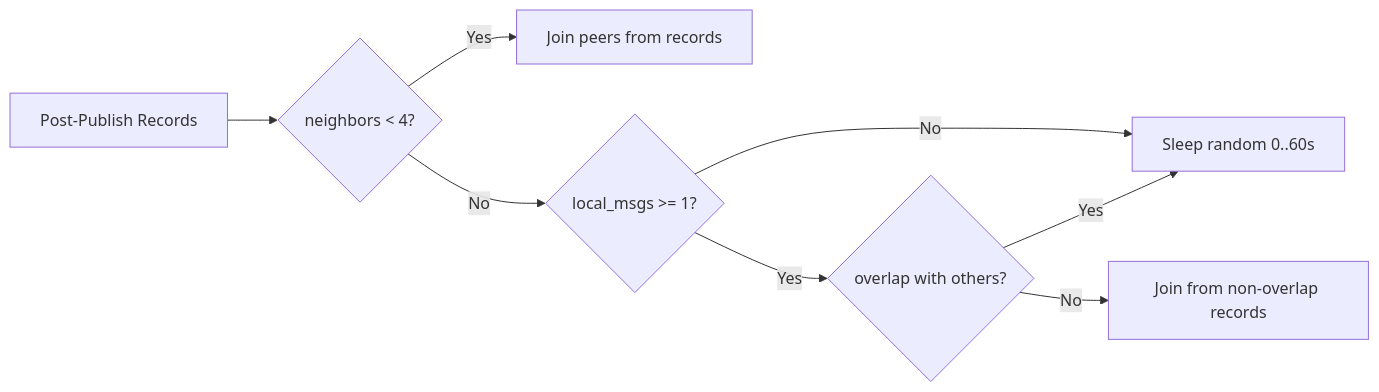
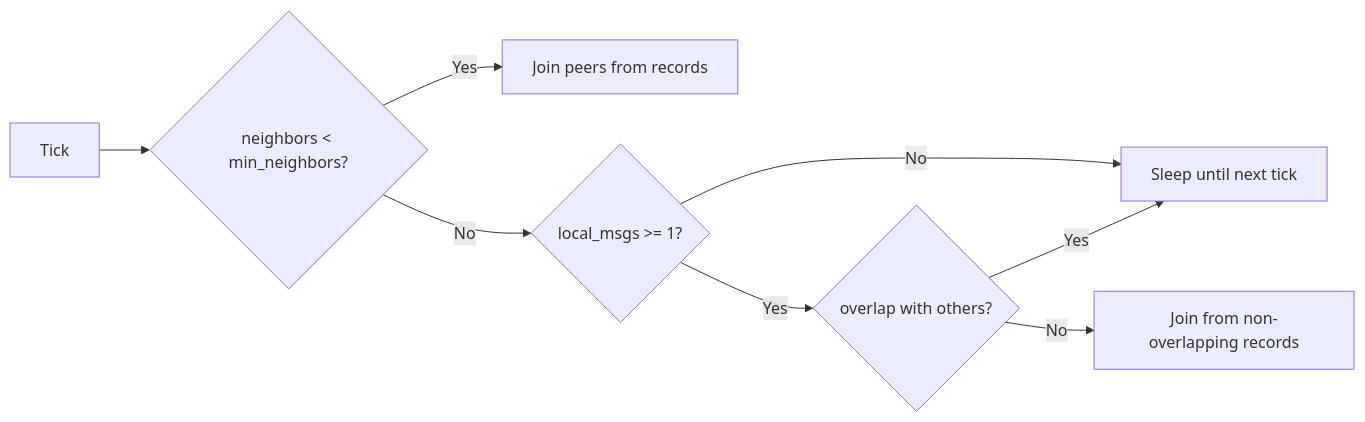
One commit to rustonbsd/distributed-topic-tracker changed the fifth of 7 diagrams in ARCHITECTURE.md. Above: the diagram before and after it, drawn with Mermaid. The commit also changed other lines of this file and 20 other files, not shown here.

````diff
--- a/ARCHITECTURE.md
+++ b/ARCHITECTURE.md
@@ -177,10 +188,10 @@
 ```mermaid
 flowchart LR
-  A[Post-Publish Records] --> B{neighbors < 4?}
+  A[Tick] --> B{neighbors < min_neighbors?}
   B -- Yes --> C[Join peers from records]
   B -- No --> D{local_msgs >= 1?}
-  D -- No --> E[Sleep random 0..60s]
+  D -- No --> E[Sleep until next tick]
   D -- Yes --> F{overlap with others?}
-  F -- No --> G[Join from non-overlap records]
+  F -- No --> G[Join from non-overlapping records]
   F -- Yes --> E
 ```
````
